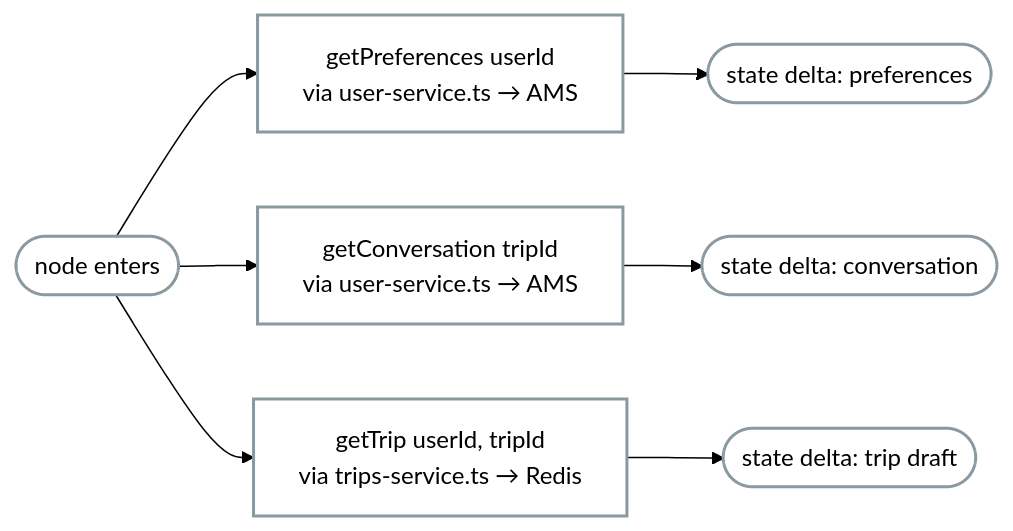
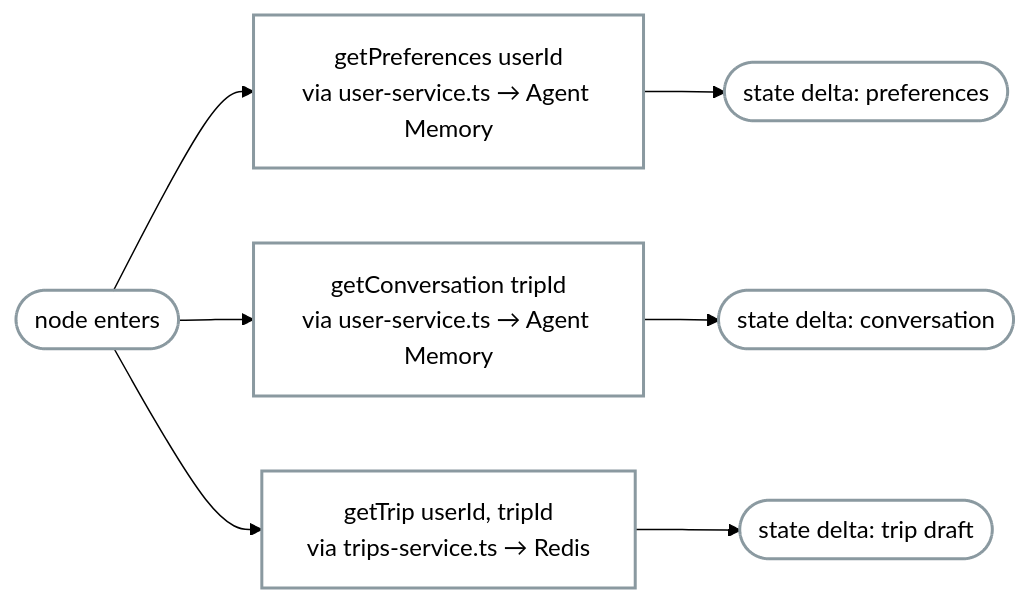
Before and after one commit to booleanhunter/travel-planning-agent-agui-langraph: the second of 4 diagrams in docs/diagrams/03-langgraph-workflows.md, drawn with Mermaid (forest theme). The commit also changed other lines of this file and 8 other files, not shown here.

First line of the commit message:
docs(diagrams): realign memory to the hosted redis-iris service

````diff
--- a/docs/diagrams/03-langgraph-workflows.md
+++ b/docs/diagrams/03-langgraph-workflows.md
@@ -37,12 +37,12 @@
 ```mermaid
 flowchart LR
-    IN([node enters]) --> PR[getPreferences userId<br/>via user-service.ts → AMS]
-    IN --> CV[getConversation tripId<br/>via user-service.ts → AMS]
+    IN([node enters]) --> PR[getPreferences userId<br/>via user-service.ts → Agent Memory]
+    IN --> CV[getConversation tripId<br/>via user-service.ts → Agent Memory]
     IN --> TR[getTrip userId, tripId<br/>via trips-service.ts → Redis]
     PR --> OUT([state delta: preferences])
     CV --> OUT2([state delta: conversation])
     TR --> OUT3([state delta: trip draft])
 
     classDef nodeStyle fill:transparent,color:#000000,stroke:#8a99a0,stroke-width:2px
     class IN,PR,CV,TR,OUT,OUT2,OUT3 nodeStyle
 ```
````
